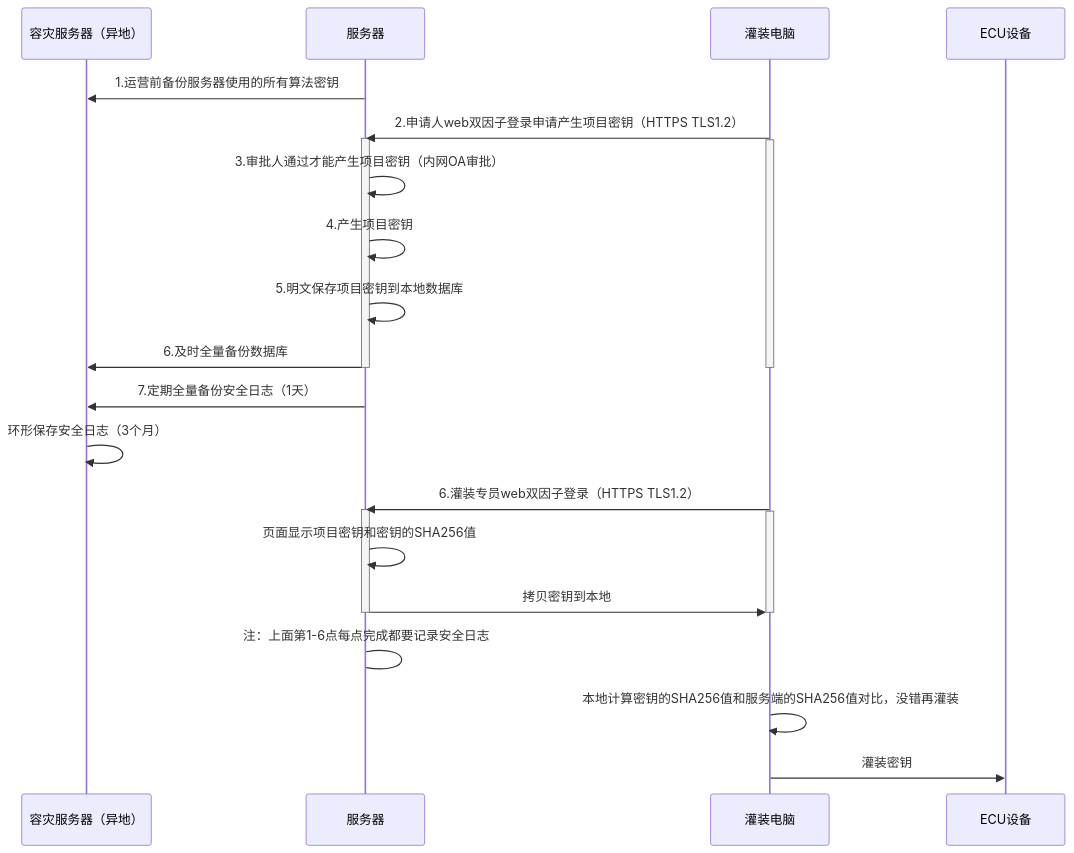
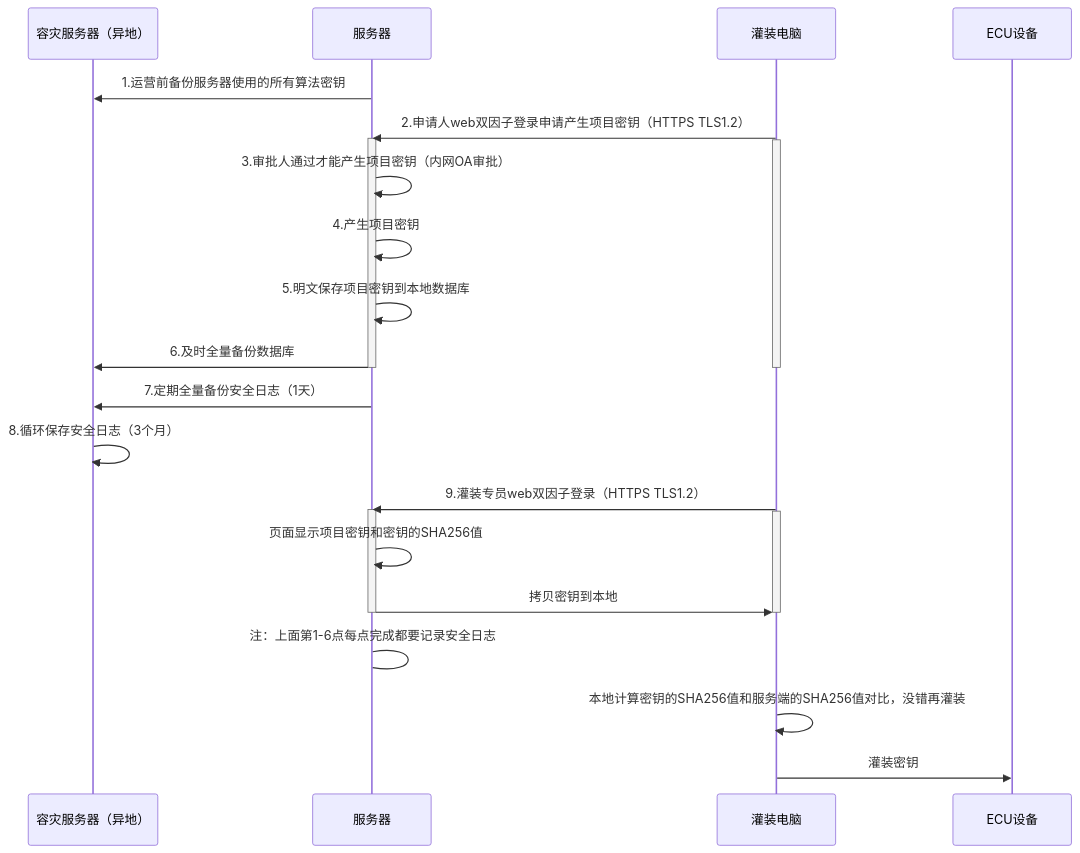
One commit to facebook-cloud/iodraw-files changed the diagram in all/未命名-25.md. Above: the diagram before and after it, drawn with Mermaid.

Commit message:
2026-04-21 14:13:54 update

````diff
--- a/all/未命名-25.md
+++ b/all/未命名-25.md
@@ -1,35 +1,35 @@
 ```mermaid
 sequenceDiagram
     participant A as 容灾服务器（异地）
     participant B as 服务器
     participant D as 灌装电脑
     participant E as ECU设备
 
     B->>A: 1.运营前备份服务器使用的所有算法密钥
     D->>B: 2.申请人web双因子登录申请产生项目密钥（HTTPS TLS1.2）
     activate B
     activate D
     B->>B: 3.审批人通过才能产生项目密钥（内网OA审批）
     B->>B: 4.产生项目密钥
     B->>B: 5.明文保存项目密钥到本地数据库
     B->>A: 6.及时全量备份数据库
 
     deactivate B
     deactivate D
 
     B->>A: 7.定期全量备份安全日志（1天）
-    A->>A: 环形保存安全日志（3个月）
+    A->>A: 8.循环保存安全日志（3个月）
     
-    D->>B: 6.灌装专员web双因子登录（HTTPS TLS1.2）
+    D->>B: 9.灌装专员web双因子登录（HTTPS TLS1.2）
     activate B
     activate D
     B->>B: 页面显示项目密钥和密钥的SHA256值
     B->>D: 拷贝密钥到本地
     deactivate B
     deactivate D
     B->B: 注：上面第1-6点每点完成都要记录安全日志
 
     D->>D:本地计算密钥的SHA256值和服务端的SHA256值对比，没错再灌装
     
     D->>E: 灌装密钥
 ```
````
